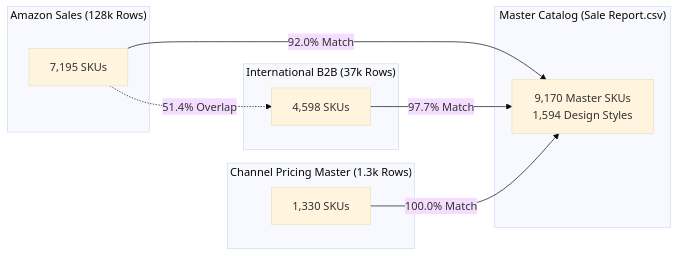
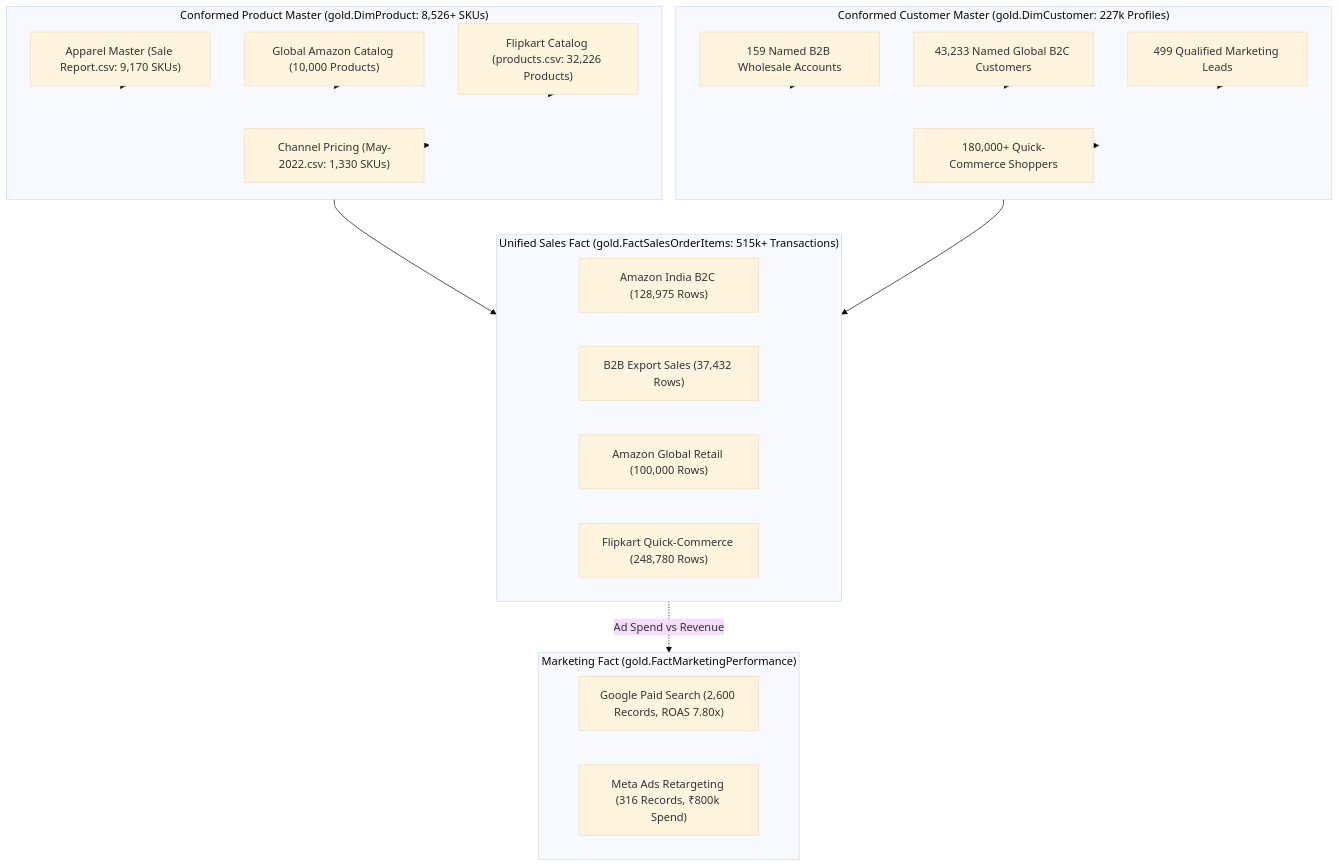
The diagram in docs/01_DATA_DISCOVERY_AND_PROFILING.md (HU8Trader/HiLyst_UnifiedCommerceDW), drawn with Mermaid (base theme) before and after one commit. The commit also changed other lines of this file and 106 other files, not shown here.

````diff
--- a/docs/01_DATA_DISCOVERY_AND_PROFILING.md
+++ b/docs/01_DATA_DISCOVERY_AND_PROFILING.md
@@ -69,23 +97,42 @@
 ```mermaid
-graph LR
- subgraph Catalog["Master Catalog (Sale Report.csv)"]
- SKU_Master["9,170 Master SKUs<br/>1,594 Design Styles"]
- end
+graph TD
+    subgraph MultiChannelCatalog["Conformed Product Master (gold.DimProduct: 8,526+ SKUs)"]
+        SKU_Domestic["Apparel Master (Sale Report.csv: 9,170 SKUs)"]
+        SKU_Global["Global Amazon Catalog (10,000 Products)"]
+        SKU_Flipkart["Flipkart Catalog (products.csv: 32,226 Products)"]
+        SKU_Pricing["Channel Pricing (May-2022.csv: 1,330 SKUs)"]
+    end
 
- subgraph Amazon["Amazon Sales (128k Rows)"]
- Amz_SKU["7,195 SKUs"]
- end
+    subgraph ConformedCustomers["Conformed Customer Master (gold.DimCustomer: 227k Profiles)"]
+        Cust_Wholesale["159 Named B2B Wholesale Accounts"]
+        Cust_AmzGlobal["43,233 Named Global B2C Customers"]
+        Cust_FBLeads["499 Qualified Marketing Leads"]
+        Cust_Flipkart["180,000+ Quick-Commerce Shoppers"]
+    end
 
- subgraph Intl["International B2B (37k Rows)"]
- Intl_SKU["4,598 SKUs"]
- end
+    subgraph UnifiedSalesFact["Unified Sales Fact (gold.FactSalesOrderItems: 515k+ Transactions)"]
+        AmzIndiaSales["Amazon India B2C (128,975 Rows)"]
+        IntlWholesale["B2B Export Sales (37,432 Rows)"]
+        AmzGlobalSales["Amazon Global Retail (100,000 Rows)"]
+        FlipkartSales["Flipkart Quick-Commerce (248,780 Rows)"]
+    end
 
- subgraph Pricing["Channel Pricing Master (1.3k Rows)"]
- Price_SKU["1,330 SKUs"]
- end
+    subgraph MarketingAttribution["Marketing Fact (gold.FactMarketingPerformance)"]
+        GoogleSearch["Google Paid Search (2,600 Records, ROAS 7.80x)"]
+        MetaFeed["Meta Ads Retargeting (316 Records, ₹800k Spend)"]
+    end
 
- Amz_SKU -->|92.0% Match| SKU_Master
- Intl_SKU -->|97.7% Match| SKU_Master
- Price_SKU -->|100.0% Match| SKU_Master
- Amz_SKU -.->|51.4% Overlap| Intl_SKU
+    SKU_Domestic --> MultiChannelCatalog
+    SKU_Global --> MultiChannelCatalog
+    SKU_Flipkart --> MultiChannelCatalog
+    SKU_Pricing --> MultiChannelCatalog
+
+    Cust_Wholesale --> ConformedCustomers
+    Cust_AmzGlobal --> ConformedCustomers
+    Cust_FBLeads --> ConformedCustomers
+    Cust_Flipkart --> ConformedCustomers
+
+    MultiChannelCatalog --> UnifiedSalesFact
+    ConformedCustomers --> UnifiedSalesFact
+    UnifiedSalesFact -.->|Ad Spend vs Revenue| MarketingAttribution
 ```
````
